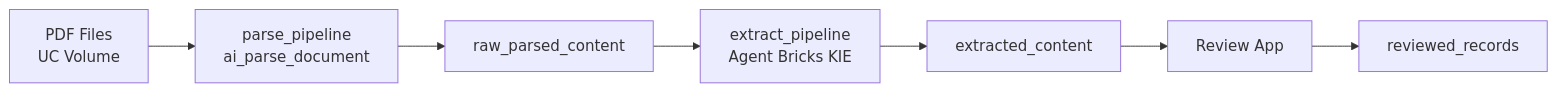
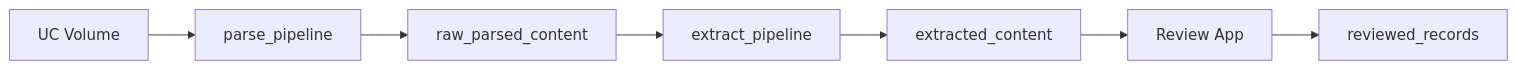
The diagram in README.md (CEDipEngineering/InformationExtractionReviewApp), drawn with Mermaid before and after one commit.

Commit message:
update README 2

````diff
--- a/README.md
+++ b/README.md
@@ -7,9 +7,9 @@
 ```mermaid
 flowchart LR
-    A[PDF Files\nUC Volume] --> B[parse_pipeline\nai_parse_document]
+    A[UC Volume] --> B[parse_pipeline]
     B --> C[raw_parsed_content]
-    C --> D[extract_pipeline\nAgent Bricks KIE]
+    C --> D[extract_pipeline]
     D --> E[extracted_content]
     E --> F[Review App]
     F --> G[reviewed_records]
 ```
````
